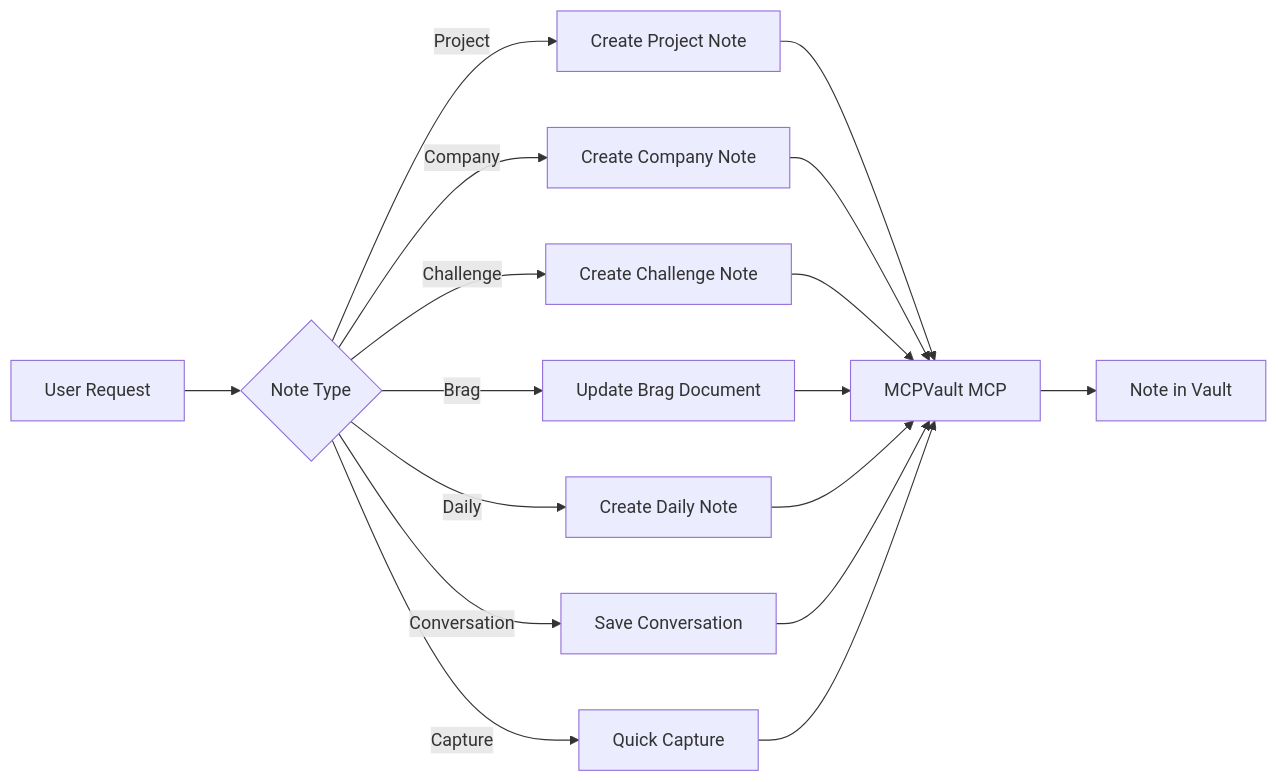
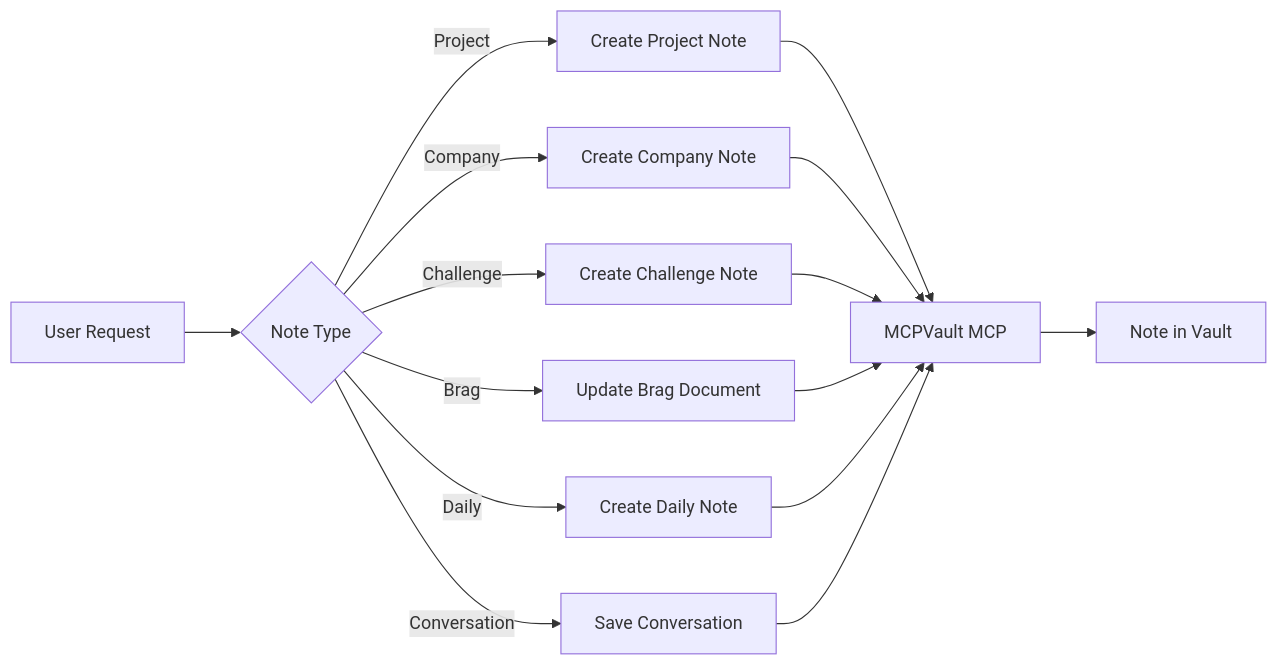
Before and after one commit to adeonir/agent-skills: the diagram in skills/(tooling)/session-notes/README.md, drawn with Mermaid. The commit also changed other lines of this file and 3 other files, not shown here.

````diff
--- a/skills/(tooling)/session-notes/README.md
+++ b/skills/(tooling)/session-notes/README.md
@@ -23,19 +22,17 @@
 ```mermaid
 flowchart LR
     T[User Request] --> D{Note Type}
     D -->|Project| P[Create Project Note]
     D -->|Company| C[Create Company Note]
     D -->|Challenge| H[Create Challenge Note]
     D -->|Brag| B[Update Brag Document]
     D -->|Daily| Y[Create Daily Note]
     D -->|Conversation| V[Save Conversation]
-    D -->|Capture| Q[Quick Capture]
     P --> M[MCPVault MCP]
     C --> M
     H --> M
     B --> M
     Y --> M
     V --> M
-    Q --> M
     M --> N[Note in Vault]
 ```
````
